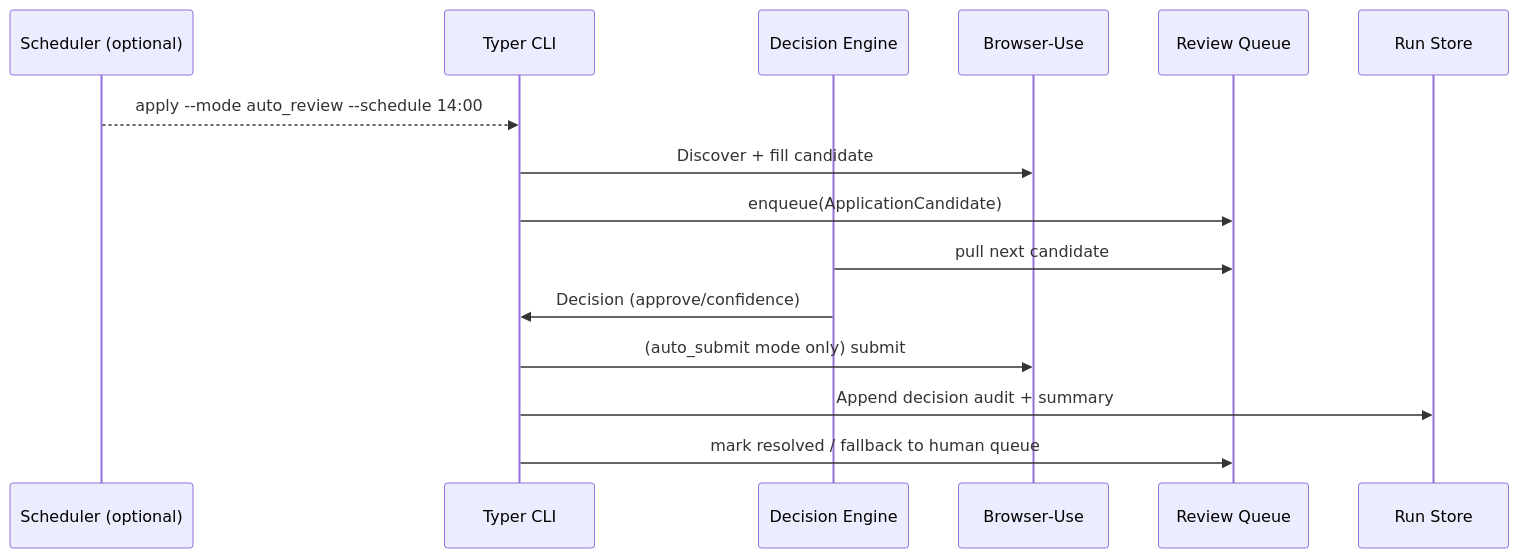
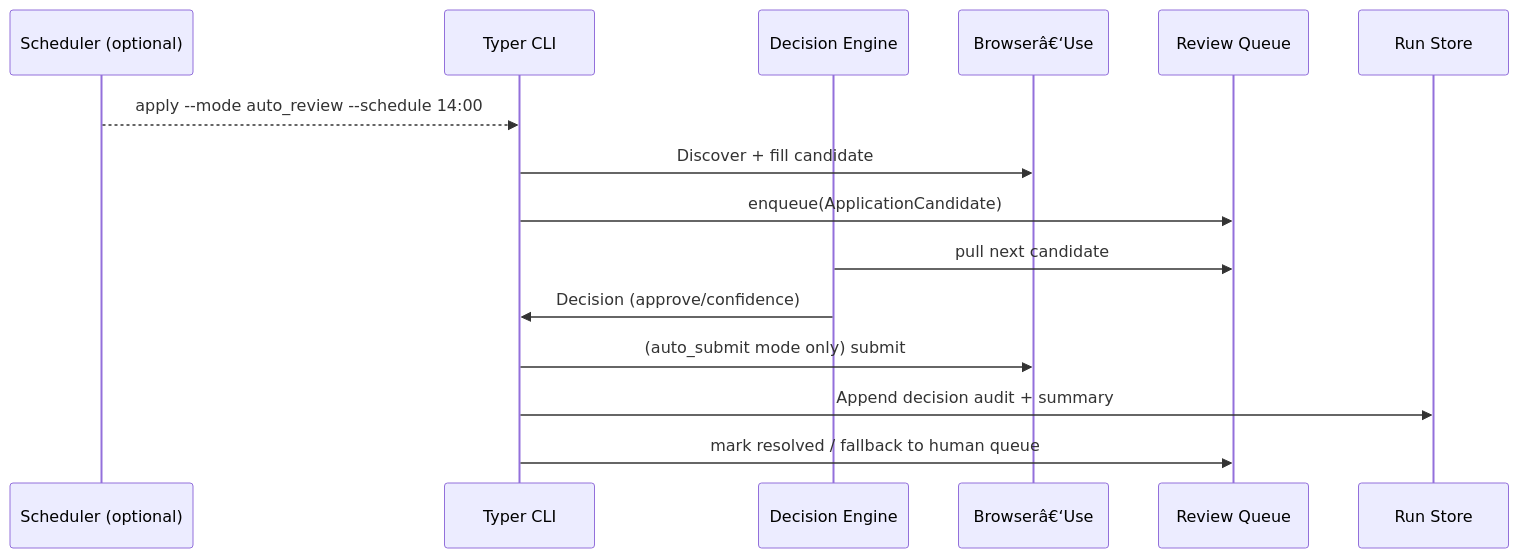
One commit to MichaelSParkin3/Job-AI-Auto-Apply changed the second of 2 diagrams in docs/architecture/core-workflows.md. Above: the diagram before and after it, drawn with Mermaid. The commit also changed other lines of this file and 16 other files, not shown here.

Commit message:
Pivot to Lever via Google: add Story 4.0; update PRD/architecture; add Lever provider scaffold; profile search keys; snippets; CLI lever-plan; QA gate; test profile

````diff
--- a/docs/architecture/core-workflows.md
+++ b/docs/architecture/core-workflows.md
@@ -48,18 +47,18 @@
 ```mermaid
 sequenceDiagram
   participant SCHED as Scheduler (optional)
   participant CLI as Typer CLI
   participant DEC as Decision Engine
-  participant BR as Browser‑Use
+  participant BR as Browserâ€‘Use
   participant QUEUE as Review Queue
   participant HIST as Run Store
 
   SCHED-->>CLI: apply --mode auto_review --schedule 14:00
   CLI->>BR: Discover + fill candidate
   CLI->>QUEUE: enqueue(ApplicationCandidate)
   DEC->>QUEUE: pull next candidate
   DEC->>CLI: Decision (approve/confidence)
   CLI->>BR: (auto_submit mode only) submit
   CLI->>HIST: Append decision audit + summary
   CLI->>QUEUE: mark resolved / fallback to human queue
 ```
````
